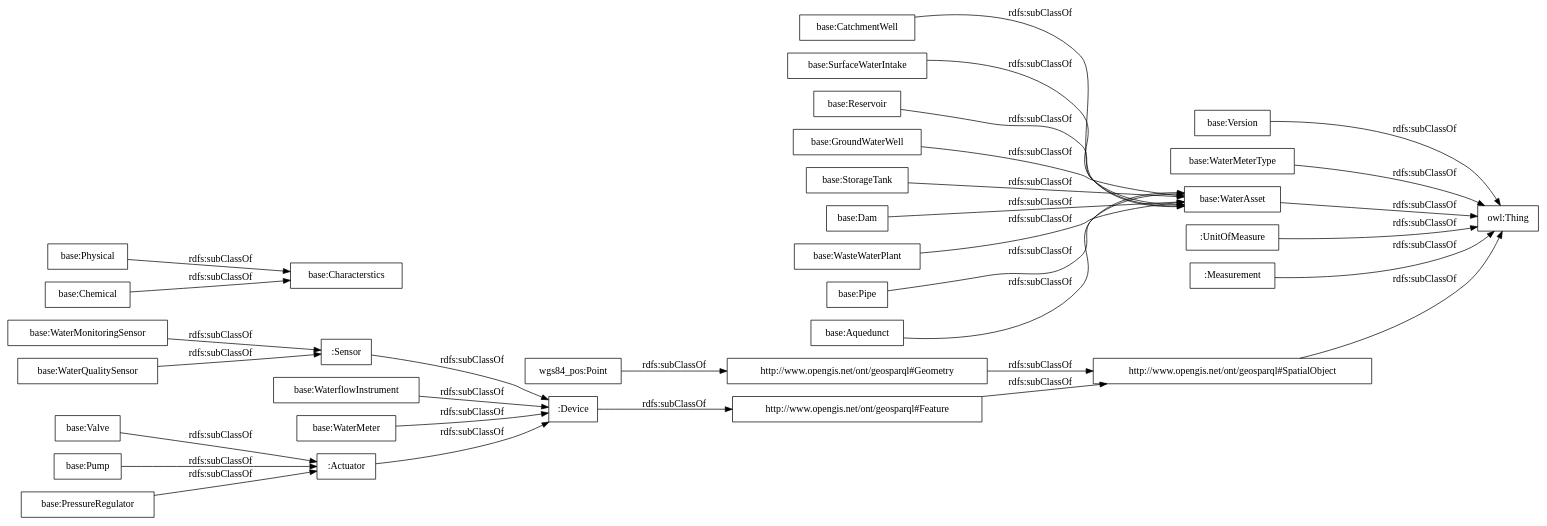
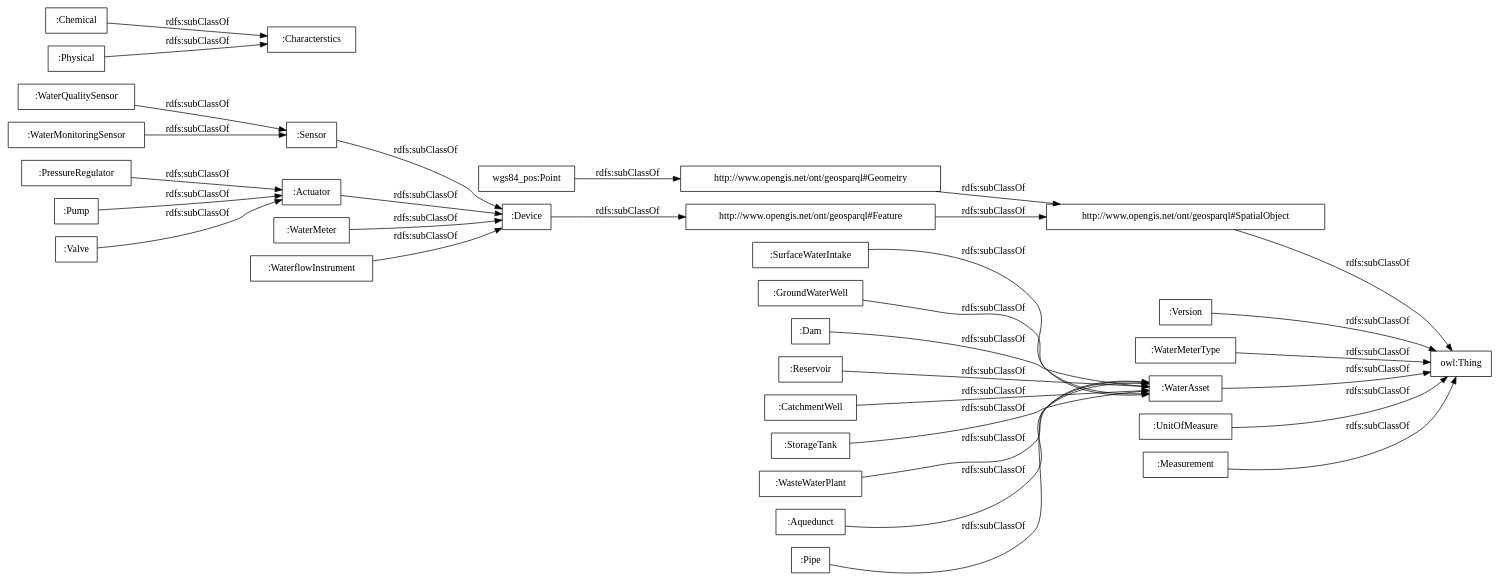
The diagram in OnToology/S4Water.owl/diagrams/ar2dtool-taxonomy/S4Water.owl.png.dot (tiwari2019/S4WATR-1), drawn with Graphviz before and after one commit. The commit also changed 13 other files, not shown here.

```diff
--- a/OnToology/S4Water.owl/diagrams/ar2dtool-taxonomy/S4Water.owl.png.dot
+++ b/OnToology/S4Water.owl/diagrams/ar2dtool-taxonomy/S4Water.owl.png.dot
@@ -1,36 +1,36 @@
 digraph ar2dtool_diagram { 
 rankdir=LR;
 size="1000"
-node [shape = rectangle, color="black"]; ":Actuator" "http://www.opengis.net/ont/geosparql#Feature" "base:WaterMonitoringSensor" "base:CatchmentWell" "base:SurfaceWaterIntake" "base:Reservoir" "base:Physical" ":Sensor" ":Device" "base:Valve" "base:Version" "base:WaterMeterType" "base:WaterflowInstrument" "base:WaterAsset" "base:Pump" "base:GroundWaterWell" "base:StorageTank" "base:Dam" "http://www.opengis.net/ont/geosparql#SpatialObject" "base:WaterMeter" "http://www.opengis.net/ont/geosparql#Geometry" "base:WasteWaterPlant" "base:Characterstics" "base:Chemical" "base:Pipe" ":UnitOfMeasure" "wgs84_pos:Point" ":Measurement" "base:Aquedunct" "base:WaterQualitySensor" "base:PressureRegulator" ; /*classes style*/
+node [shape = rectangle, color="black"]; ":PressureRegulator" ":Version" "http://www.opengis.net/ont/geosparql#Feature" ":WaterMeterType" ":GroundWaterWell" ":Dam" ":WaterAsset" ":Reservoir" ":CatchmentWell" ":Sensor" ":WaterMeter" ":Device" ":Pump" ":StorageTank" ":Valve" ":WaterMonitoringSensor" ":WasteWaterPlant" "http://www.opengis.net/ont/geosparql#SpatialObject" ":Aquedunct" "http://www.opengis.net/ont/geosparql#Geometry" ":WaterflowInstrument" ":Pipe" ":SurfaceWaterIntake" ":UnitOfMeasure" "wgs84_pos:Point" ":Measurement" ":Chemical" ":WaterQualitySensor" ":Characterstics" ":Physical" ":Actuator" ; /*classes style*/
 	":Measurement" -> "owl:Thing" [ label = "rdfs:subClassOf" ];
+	":WaterflowInstrument" -> ":Device" [ label = "rdfs:subClassOf" ];
+	":Reservoir" -> ":WaterAsset" [ label = "rdfs:subClassOf" ];
+	":Pipe" -> ":WaterAsset" [ label = "rdfs:subClassOf" ];
+	":WaterMonitoringSensor" -> ":Sensor" [ label = "rdfs:subClassOf" ];
+	":CatchmentWell" -> ":WaterAsset" [ label = "rdfs:subClassOf" ];
+	":StorageTank" -> ":WaterAsset" [ label = "rdfs:subClassOf" ];
+	":WaterMeter" -> ":Device" [ label = "rdfs:subClassOf" ];
+	":Dam" -> ":WaterAsset" [ label = "rdfs:subClassOf" ];
+	":WaterAsset" -> "owl:Thing" [ label = "rdfs:subClassOf" ];
+	":GroundWaterWell" -> ":WaterAsset" [ label = "rdfs:subClassOf" ];
+	":PressureRegulator" -> ":Actuator" [ label = "rdfs:subClassOf" ];
+	":WaterMeterType" -> "owl:Thing" [ label = "rdfs:subClassOf" ];
+	":Aquedunct" -> ":WaterAsset" [ label = "rdfs:subClassOf" ];
+	"wgs84_pos:Point" -> "http://www.opengis.net/ont/geosparql#Geometry" [ label = "rdfs:subClassOf" ];
+	":SurfaceWaterIntake" -> ":WaterAsset" [ label = "rdfs:subClassOf" ];
+	"http://www.opengis.net/ont/geosparql#Feature" -> "http://www.opengis.net/ont/geosparql#SpatialObject" [ label = "rdfs:subClassOf" ];
+	":Physical" -> ":Characterstics" [ label = "rdfs:subClassOf" ];
+	"http://www.opengis.net/ont/geosparql#SpatialObject" -> "owl:Thing" [ label = "rdfs:subClassOf" ];
+	":Actuator" -> ":Device" [ label = "rdfs:subClassOf" ];
+	":WaterQualitySensor" -> ":Sensor" [ label = "rdfs:subClassOf" ];
+	":Valve" -> ":Actuator" [ label = "rdfs:subClassOf" ];
+	"http://www.opengis.net/ont/geosparql#Geometry" -> "http://www.opengis.net/ont/geosparql#SpatialObject" [ label = "rdfs:subClassOf" ];
+	":Chemical" -> ":Characterstics" [ label = "rdfs:subClassOf" ];
+	":UnitOfMeasure" -> "owl:Thing" [ label = "rdfs:subClassOf" ];
+	":Version" -> "owl:Thing" [ label = "rdfs:subClassOf" ];
+	":WasteWaterPlant" -> ":WaterAsset" [ label = "rdfs:subClassOf" ];
+	":Pump" -> ":Actuator" [ label = "rdfs:subClassOf" ];
 	":Sensor" -> ":Device" [ label = "rdfs:subClassOf" ];
-	"base:WaterMeterType" -> "owl:Thing" [ label = "rdfs:subClassOf" ];
-	"base:Dam" -> "base:WaterAsset" [ label = "rdfs:subClassOf" ];
-	"base:WaterflowInstrument" -> ":Device" [ label = "rdfs:subClassOf" ];
-	"base:Aquedunct" -> "base:WaterAsset" [ label = "rdfs:subClassOf" ];
-	"base:WasteWaterPlant" -> "base:WaterAsset" [ label = "rdfs:subClassOf" ];
-	"base:Chemical" -> "base:Characterstics" [ label = "rdfs:subClassOf" ];
-	"base:CatchmentWell" -> "base:WaterAsset" [ label = "rdfs:subClassOf" ];
-	"base:Version" -> "owl:Thing" [ label = "rdfs:subClassOf" ];
-	"base:WaterQualitySensor" -> ":Sensor" [ label = "rdfs:subClassOf" ];
-	"base:WaterMeter" -> ":Device" [ label = "rdfs:subClassOf" ];
-	"base:Pump" -> ":Actuator" [ label = "rdfs:subClassOf" ];
-	"wgs84_pos:Point" -> "http://www.opengis.net/ont/geosparql#Geometry" [ label = "rdfs:subClassOf" ];
-	"base:SurfaceWaterIntake" -> "base:WaterAsset" [ label = "rdfs:subClassOf" ];
-	"http://www.opengis.net/ont/geosparql#Feature" -> "http://www.opengis.net/ont/geosparql#SpatialObject" [ label = "rdfs:subClassOf" ];
-	"http://www.opengis.net/ont/geosparql#SpatialObject" -> "owl:Thing" [ label = "rdfs:subClassOf" ];
-	"base:Pipe" -> "base:WaterAsset" [ label = "rdfs:subClassOf" ];
-	":Actuator" -> ":Device" [ label = "rdfs:subClassOf" ];
-	"base:WaterMonitoringSensor" -> ":Sensor" [ label = "rdfs:subClassOf" ];
-	"base:GroundWaterWell" -> "base:WaterAsset" [ label = "rdfs:subClassOf" ];
-	"base:WaterAsset" -> "owl:Thing" [ label = "rdfs:subClassOf" ];
-	"http://www.opengis.net/ont/geosparql#Geometry" -> "http://www.opengis.net/ont/geosparql#SpatialObject" [ label = "rdfs:subClassOf" ];
-	"base:Reservoir" -> "base:WaterAsset" [ label = "rdfs:subClassOf" ];
-	"base:Valve" -> ":Actuator" [ label = "rdfs:subClassOf" ];
-	"base:Physical" -> "base:Characterstics" [ label = "rdfs:subClassOf" ];
-	"base:StorageTank" -> "base:WaterAsset" [ label = "rdfs:subClassOf" ];
-	":UnitOfMeasure" -> "owl:Thing" [ label = "rdfs:subClassOf" ];
-	"base:PressureRegulator" -> ":Actuator" [ label = "rdfs:subClassOf" ];
 	":Device" -> "http://www.opengis.net/ont/geosparql#Feature" [ label = "rdfs:subClassOf" ];
 
 }
```
